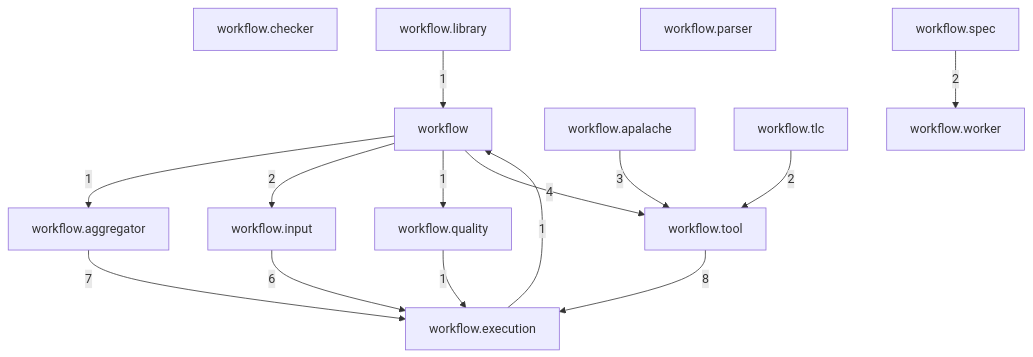
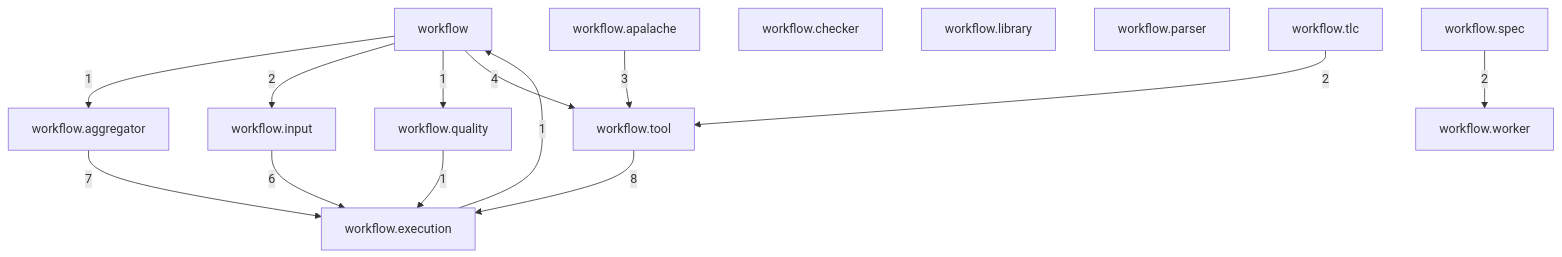
Before and after one commit to tlaplus/model-checker-hardening: the first of 14 diagrams in dev/modules/workflow.md, drawn with Mermaid. The commit also changed other lines of this file and 413 other files, not shown here.

````diff
--- a/dev/modules/workflow.md
+++ b/dev/modules/workflow.md
@@ -14,29 +14,28 @@
 ```mermaid
 flowchart TB
   workflow["workflow"]
   workflow_aggregator["workflow.aggregator"]
   workflow_apalache["workflow.apalache"]
   workflow_checker["workflow.checker"]
   workflow_execution["workflow.execution"]
   workflow_input["workflow.input"]
   workflow_library["workflow.library"]
   workflow_parser["workflow.parser"]
   workflow_quality["workflow.quality"]
   workflow_spec["workflow.spec"]
   workflow_tlc["workflow.tlc"]
   workflow_tool["workflow.tool"]
   workflow_worker["workflow.worker"]
   workflow -->|1| workflow_aggregator
   workflow -->|2| workflow_input
   workflow -->|1| workflow_quality
   workflow -->|4| workflow_tool
   workflow_aggregator -->|7| workflow_execution
   workflow_apalache -->|3| workflow_tool
   workflow_execution -->|1| workflow
   workflow_input -->|6| workflow_execution
-  workflow_library -->|1| workflow
   workflow_quality -->|1| workflow_execution
   workflow_spec -->|2| workflow_worker
   workflow_tlc -->|2| workflow_tool
   workflow_tool -->|8| workflow_execution
 ```
````
